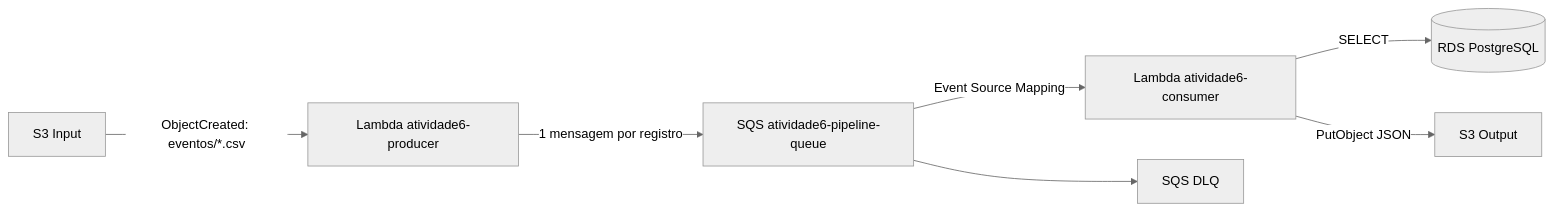
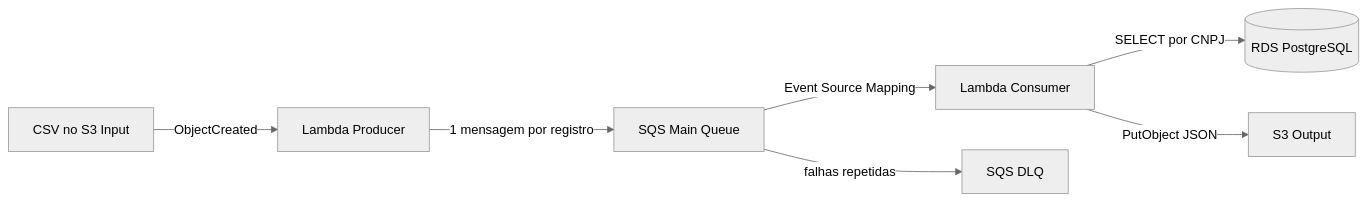
One commit to brtostes/C3-Trabalho-Ingestao-Pipeline-Atividade7 changed the diagram in README.md. Above: the diagram before and after it, drawn with Mermaid (neutral theme). The commit also changed other lines of this file, not shown here.

````diff
--- a/README.md
+++ b/README.md
@@ -13,9 +37,9 @@
 ```mermaid
 flowchart LR
-    A[S3 Input] -->|ObjectCreated: eventos/*.csv| B[Lambda atividade6-producer]
-    B -->|1 mensagem por registro| C[SQS atividade6-pipeline-queue]
-    C -->|Event Source Mapping| D[Lambda atividade6-consumer]
-    D -->|SELECT| E[(RDS PostgreSQL)]
+    A[CSV no S3 Input] -->|ObjectCreated| B[Lambda Producer]
+    B -->|1 mensagem por registro| C[SQS Main Queue]
+    C -->|Event Source Mapping| D[Lambda Consumer]
+    D -->|SELECT por CNPJ| E[(RDS PostgreSQL)]
     D -->|PutObject JSON| F[S3 Output]
-    C --> G[SQS DLQ]
+    C -->|falhas repetidas| G[SQS DLQ]
 ```
````
